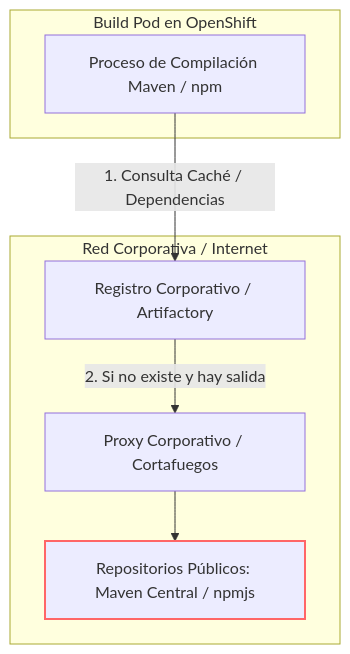
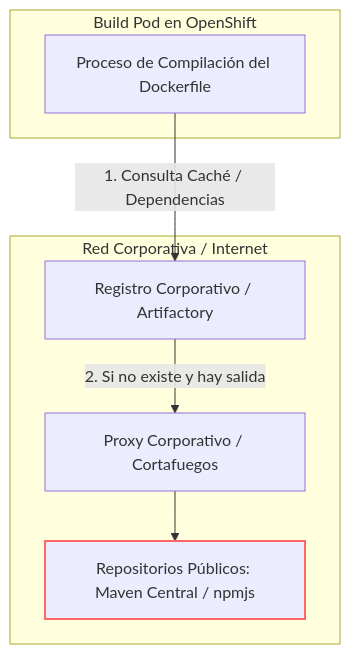
Before and after one commit to ieftraining/curso-openshift: the fifth of 7 diagrams in docs/sesion4/4.5 Construir en la plataforma.md, drawn with Mermaid. The commit also changed other lines of this file, not shown here.

````diff
--- a/docs/sesion4/4.5 Construir en la plataforma.md
+++ b/docs/sesion4/4.5 Construir en la plataforma.md
@@ -151,17 +124,17 @@
 ```mermaid
 flowchart TD
     subgraph Build Pod en OpenShift
-        BP[Proceso de Compilación Maven / npm]
+        BP[Proceso de Compilación del Dockerfile]
     end
 
     subgraph Red Corporativa / Internet
         Proxy[Proxy Corporativo / Cortafuegos]
         Nexus[Registro Corporativo / Artifactory]
         Internet[Repositorios Públicos: Maven Central / npmjs]
     end
 
     BP -->|1. Consulta Caché / Dependencias| Nexus
     Nexus -->|2. Si no existe y hay salida| Proxy --> Internet
     
     style Internet stroke:#f66,stroke-width:2px
 ```
````
